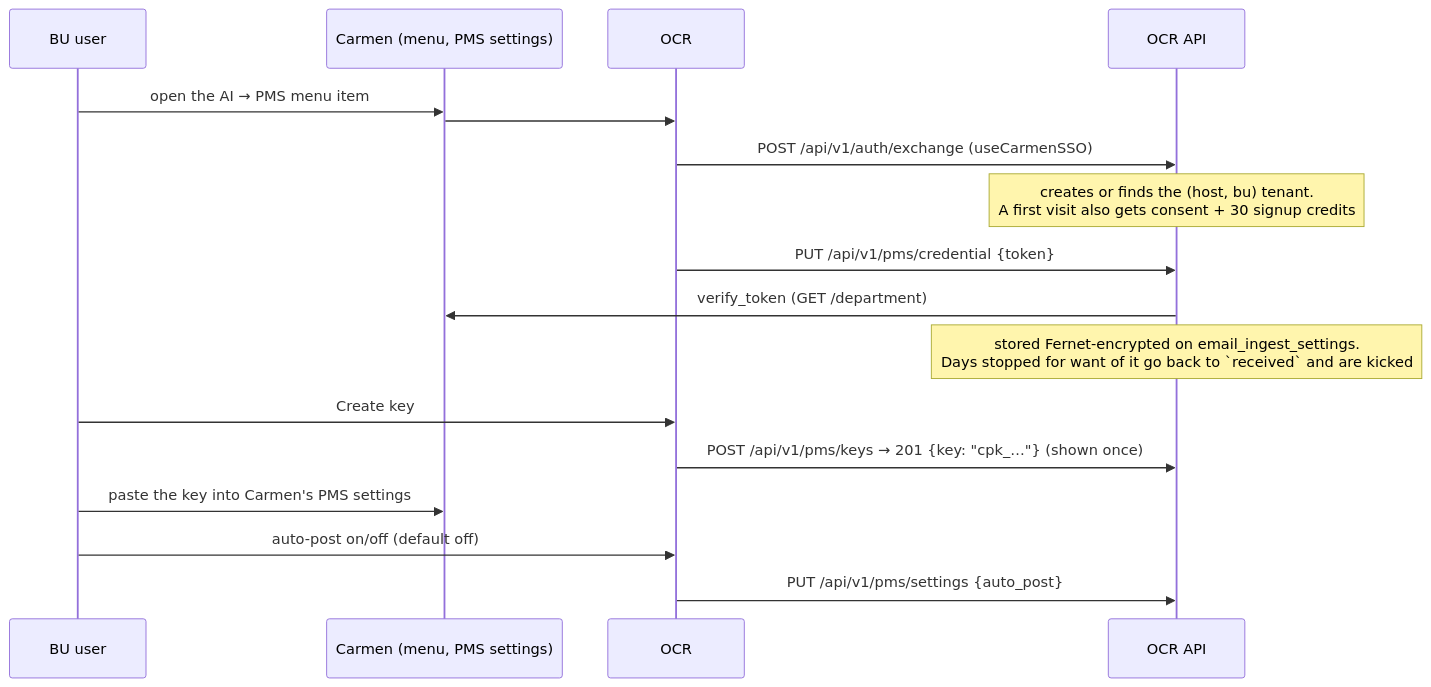
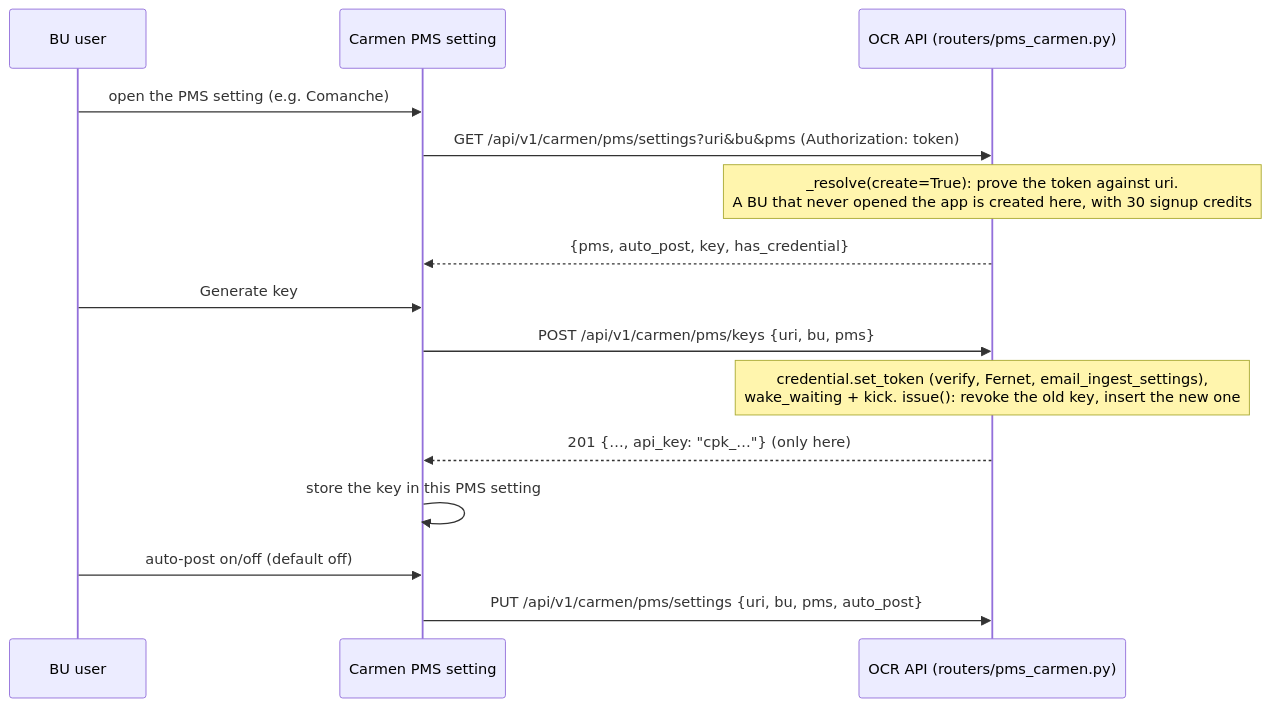
Before and after one commit to developer-carmensoftware/OCR: the second of 7 diagrams in docs/pms-interface/02-architecture.md, drawn with Mermaid. The commit also changed other lines of this file and 11 other files, not shown here.

First line of the commit message:
docs: decision-log #44, the Settings API for Carmen's PMS setting screen, and the docs it changes

````diff
--- a/docs/pms-interface/02-architecture.md
+++ b/docs/pms-interface/02-architecture.md
@@ -43,20 +42,18 @@
 ```mermaid
 sequenceDiagram
     participant User as BU user
-    participant Carmen as Carmen (menu, PMS settings)
-    participant Page as OCR #/pms
-    participant API as OCR API
+    participant Carmen as Carmen PMS setting
+    participant API as OCR API (routers/pms_carmen.py)
 
-    User->>Carmen: open the AI → PMS menu item
-    Carmen->>Page: #/pms?token=&bu=&user=&uri=
-    Page->>API: POST /api/v1/auth/exchange (useCarmenSSO)
-    Note over API: creates or finds the (host, bu) tenant.<br/>A first visit also gets consent + 30 signup credits
-    Page->>API: PUT /api/v1/pms/credential {token}
-    API->>Carmen: verify_token (GET /department)
-    Note over API: stored Fernet-encrypted on email_ingest_settings.<br/>Days stopped for want of it go back to `received` and are kicked
-    User->>Page: Create key
-    Page->>API: POST /api/v1/pms/keys → 201 {key: "cpk_…"} (shown once)
-    User->>Carmen: paste the key into Carmen's PMS settings
-    User->>Page: auto-post on/off (default off)
-    Page->>API: PUT /api/v1/pms/settings {auto_post}
+    User->>Carmen: open the PMS setting (e.g. Comanche)
+    Carmen->>API: GET /api/v1/carmen/pms/settings?uri&bu&pms (Authorization: token)
+    Note over API: _resolve(create=True): prove the token against uri.<br/>A BU that never opened the app is created here, with 30 signup credits
+    API-->>Carmen: {pms, auto_post, key, has_credential}
+    User->>Carmen: Generate key
+    Carmen->>API: POST /api/v1/carmen/pms/keys {uri, bu, pms}
+    Note over API: credential.set_token (verify, Fernet, email_ingest_settings),<br/>wake_waiting + kick. issue(): revoke the old key, insert the new one
+    API-->>Carmen: 201 {…, api_key: "cpk_…"} (only here)
+    Carmen->>Carmen: store the key in this PMS setting
+    User->>Carmen: auto-post on/off (default off)
+    Carmen->>API: PUT /api/v1/carmen/pms/settings {uri, bu, pms, auto_post}
 ```
````
